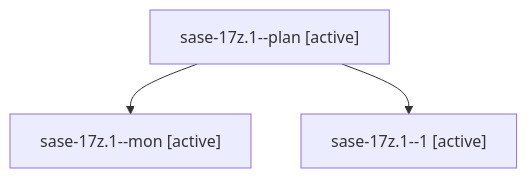
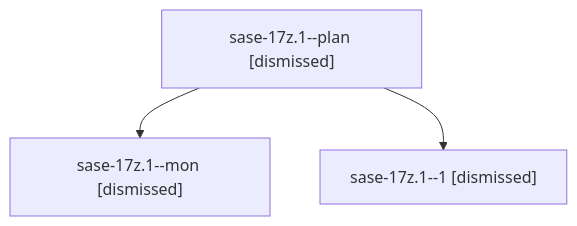
The diagram in sessions/bbugyi200.athena.sase-17z.1.md (sase-org/sase--agents), drawn with Mermaid before and after one commit. The commit also changed other lines of this file and 170 other files, not shown here.

````diff
--- a/sessions/bbugyi200.athena.sase-17z.1.md
+++ b/sessions/bbugyi200.athena.sase-17z.1.md
@@ -9,8 +9,8 @@
 ```mermaid
 flowchart TD
-  n0["sase-17z.1--plan [active]"]
-  n1["sase-17z.1--mon [active]"]
+  n0["sase-17z.1--plan [dismissed]"]
+  n1["sase-17z.1--mon [dismissed]"]
   n0 --> n1
-  n2["sase-17z.1--1 [active]"]
+  n2["sase-17z.1--1 [dismissed]"]
   n0 --> n2
 ```
````
